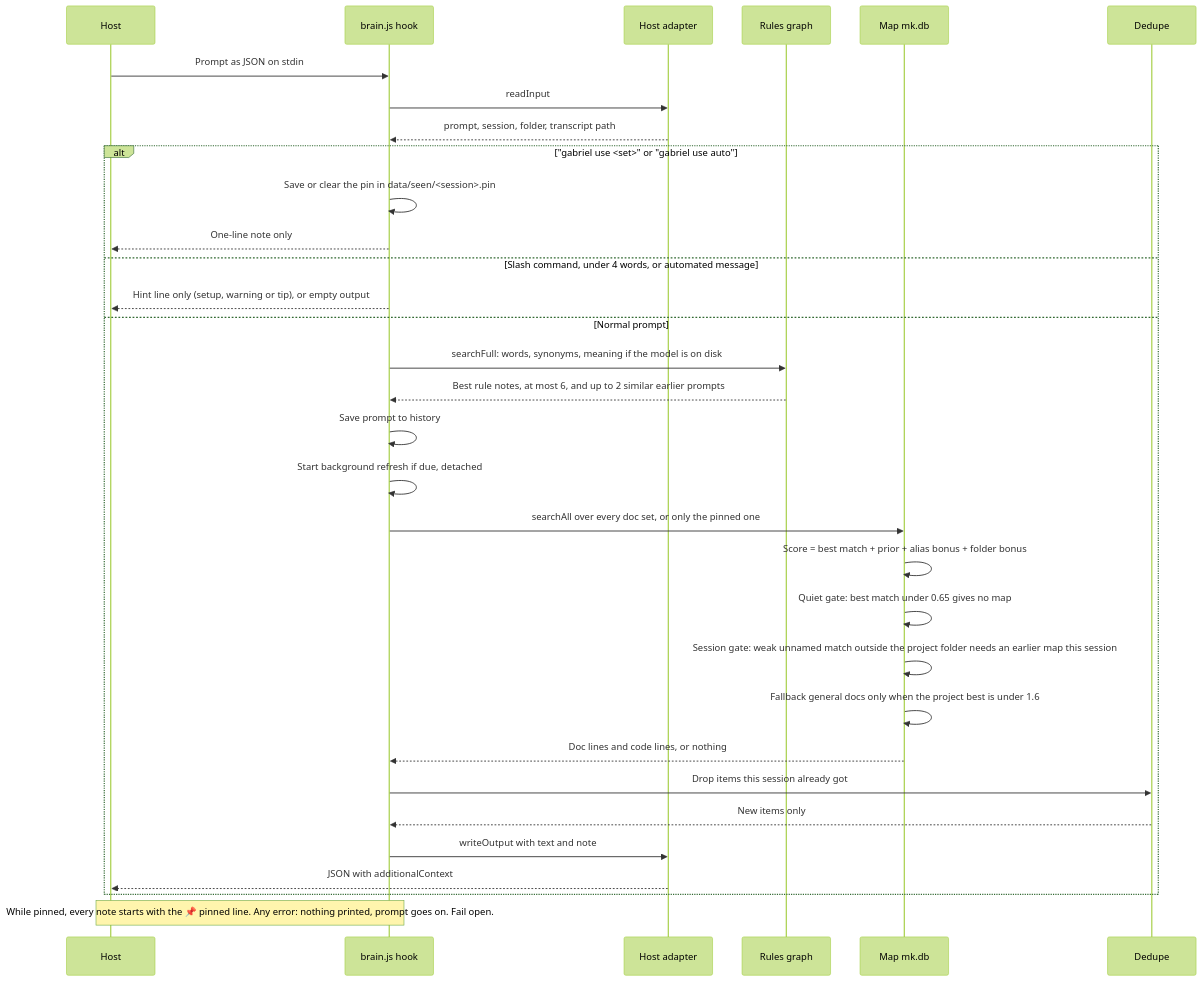
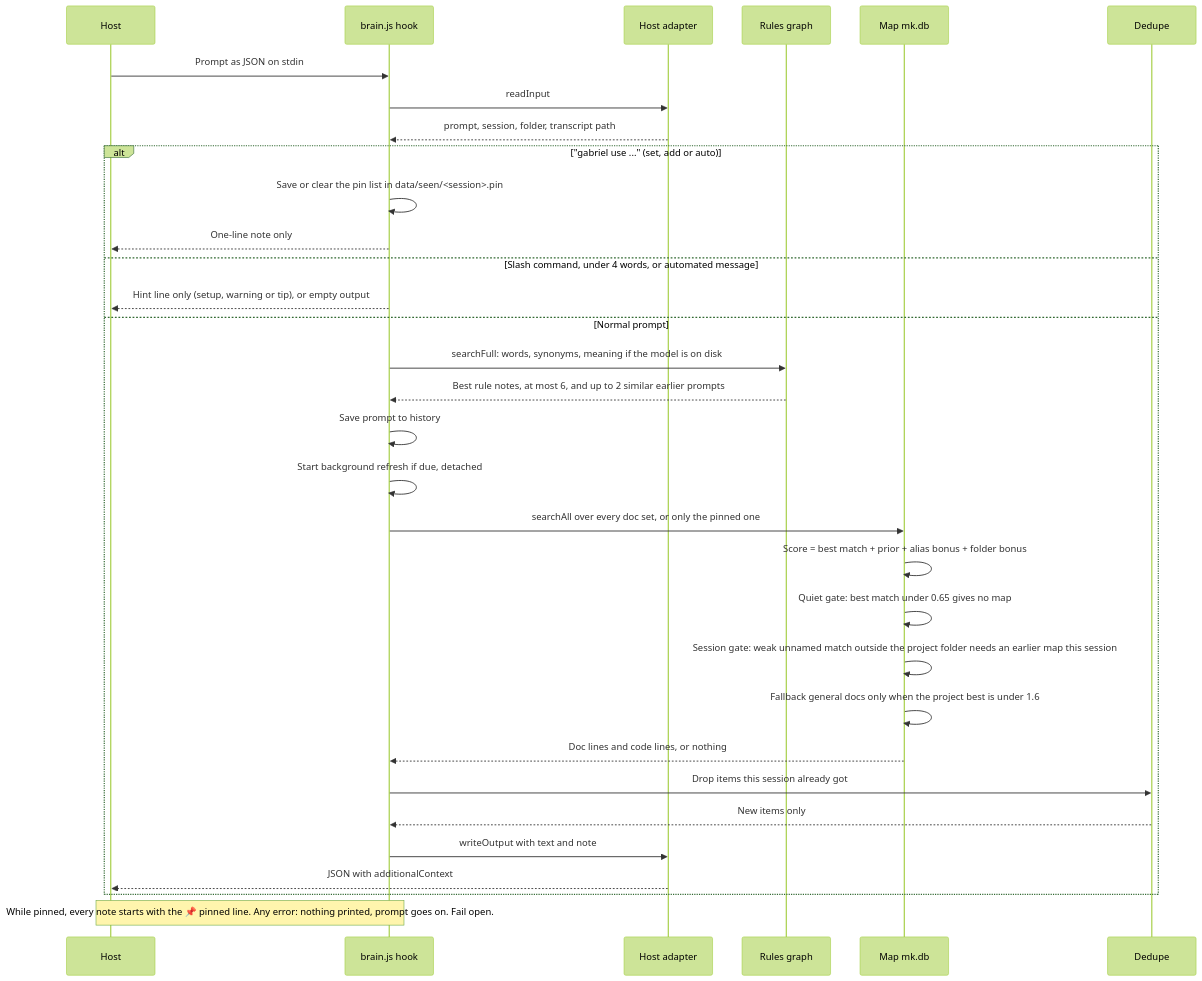
The second of 10 diagrams in docs/WORKFLOWS.md (ThanhNVan/gabriel-plugin), drawn with Mermaid (forest theme) before and after one commit. The commit also changed 38 other files, not shown here.

````diff
--- a/docs/WORKFLOWS.md
+++ b/docs/WORKFLOWS.md
@@ -51,34 +51,34 @@
 ```mermaid
 sequenceDiagram
   participant H as Host
   participant B as brain.js hook
   participant A as Host adapter
   participant R as Rules graph
   participant M as Map mk.db
   participant D as Dedupe
   H->>B: Prompt as JSON on stdin
   B->>A: readInput
   A-->>B: prompt, session, folder, transcript path
-  alt "gabriel use <set>" or "gabriel use auto"
-    B->>B: Save or clear the pin in data/seen/<session>.pin
+  alt "gabriel use ..." (set, add or auto)
+    B->>B: Save or clear the pin list in data/seen/<session>.pin
     B-->>H: One-line note only
   else Slash command, under 4 words, or automated message
     B-->>H: Hint line only (setup, warning or tip), or empty output
   else Normal prompt
     B->>R: searchFull: words, synonyms, meaning if the model is on disk
     R-->>B: Best rule notes, at most 6, and up to 2 similar earlier prompts
     B->>B: Save prompt to history
     B->>B: Start background refresh if due, detached
     B->>M: searchAll over every doc set, or only the pinned one
     M->>M: Score = best match + prior + alias bonus + folder bonus
     M->>M: Quiet gate: best match under 0.65 gives no map
     M->>M: Session gate: weak unnamed match outside the project folder needs an earlier map this session
     M->>M: Fallback general docs only when the project best is under 1.6
     M-->>B: Doc lines and code lines, or nothing
     B->>D: Drop items this session already got
     D-->>B: New items only
     B->>A: writeOutput with text and note
     A-->>H: JSON with additionalContext
   end
   Note over B,H: While pinned, every note starts with the 📌 pinned line. Any error: nothing printed, prompt goes on. Fail open.
 ```
````
